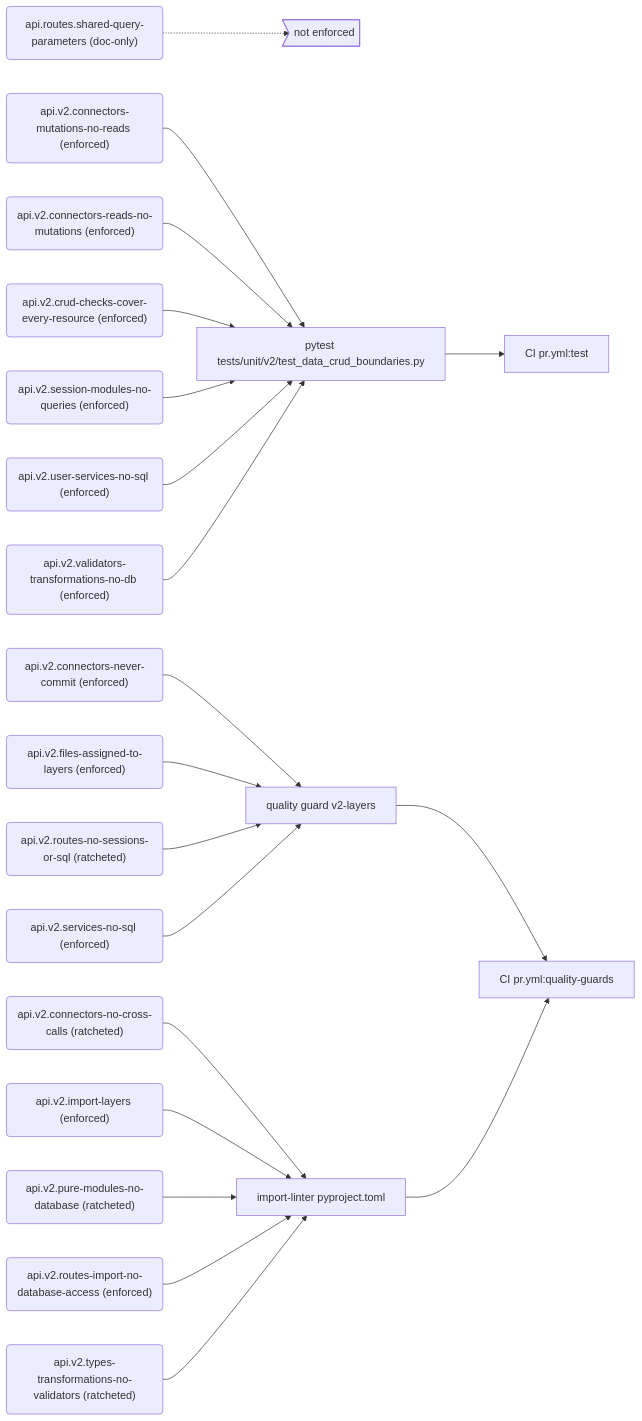
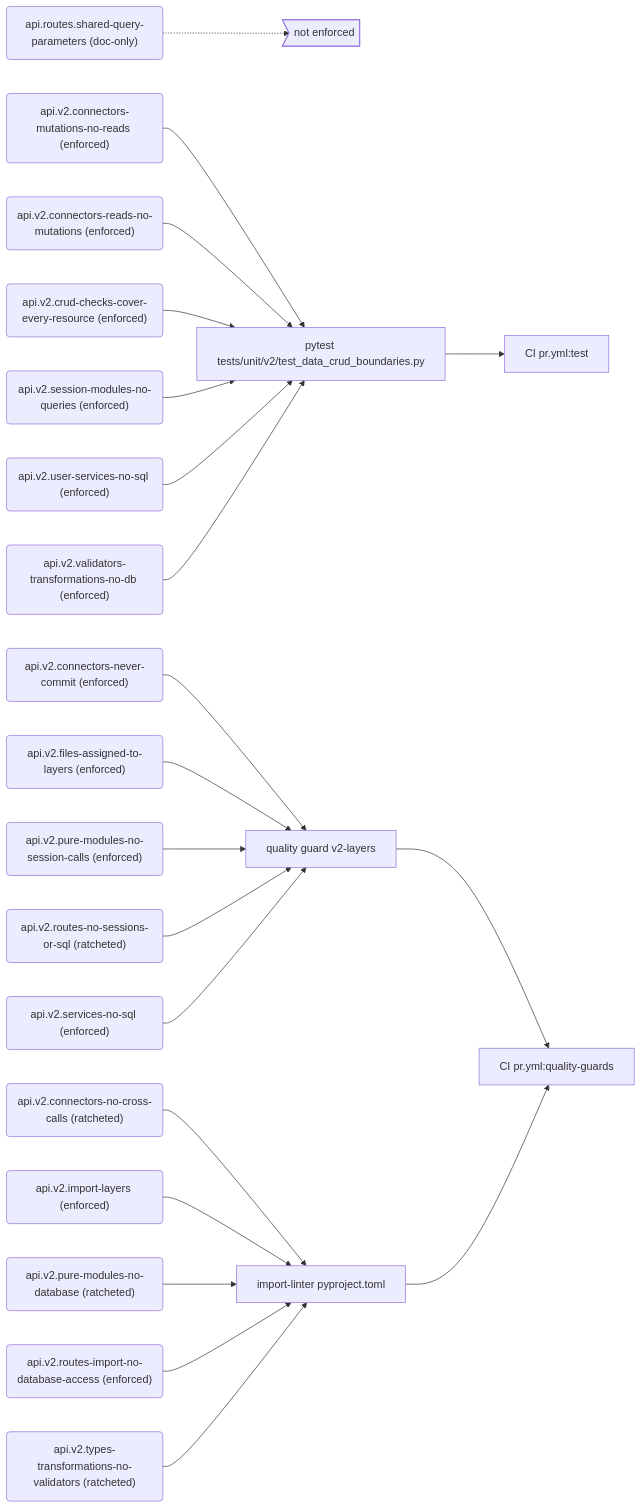
One commit to PolicyEngine/policyengine-api changed the first of 11 diagrams in docs/generated/rules.md. Above: the diagram before and after it, drawn with Mermaid. The commit also changed other lines of this file and 5 other files, not shown here.

````diff
--- a/docs/generated/rules.md
+++ b/docs/generated/rules.md
@@ -100,44 +101,46 @@
 ```mermaid
 flowchart LR
   r_api_routes_shared_query_parameters("api.routes.shared-query-parameters (doc-only)")
   gap_unenforced>"not enforced"]
   r_api_v2_connectors_mutations_no_reads("api.v2.connectors-mutations-no-reads (enforced)")
   e_pytest_tests_unit_v2_test_data_crud_boundaries_py["pytest tests/unit/v2/test_data_crud_boundaries.py"]
   j_CI_pr_yml_test["CI pr.yml:test"]
   r_api_v2_connectors_never_commit("api.v2.connectors-never-commit (enforced)")
   e_quality_guard_v2_layers["quality guard v2-layers"]
   j_CI_pr_yml_quality_guards["CI pr.yml:quality-guards"]
   r_api_v2_connectors_no_cross_calls("api.v2.connectors-no-cross-calls (ratcheted)")
   e_import_linter_pyproject_toml["import-linter pyproject.toml"]
   r_api_v2_connectors_reads_no_mutations("api.v2.connectors-reads-no-mutations (enforced)")
   r_api_v2_crud_checks_cover_every_resource("api.v2.crud-checks-cover-every-resource (enforced)")
   r_api_v2_files_assigned_to_layers("api.v2.files-assigned-to-layers (enforced)")
   r_api_v2_import_layers("api.v2.import-layers (enforced)")
   r_api_v2_pure_modules_no_database("api.v2.pure-modules-no-database (ratcheted)")
+  r_api_v2_pure_modules_no_session_calls("api.v2.pure-modules-no-session-calls (enforced)")
   r_api_v2_routes_import_no_database_access("api.v2.routes-import-no-database-access (enforced)")
   r_api_v2_routes_no_sessions_or_sql("api.v2.routes-no-sessions-or-sql (ratcheted)")
   r_api_v2_services_no_sql("api.v2.services-no-sql (enforced)")
   r_api_v2_session_modules_no_queries("api.v2.session-modules-no-queries (enforced)")
   r_api_v2_types_transformations_no_validators("api.v2.types-transformations-no-validators (ratcheted)")
   r_api_v2_user_services_no_sql("api.v2.user-services-no-sql (enforced)")
   r_api_v2_validators_transformations_no_db("api.v2.validators-transformations-no-db (enforced)")
   r_api_routes_shared_query_parameters -.-> gap_unenforced
   r_api_v2_connectors_mutations_no_reads --> e_pytest_tests_unit_v2_test_data_crud_boundaries_py
   e_pytest_tests_unit_v2_test_data_crud_boundaries_py --> j_CI_pr_yml_test
   r_api_v2_connectors_never_commit --> e_quality_guard_v2_layers
   e_quality_guard_v2_layers --> j_CI_pr_yml_quality_guards
   r_api_v2_connectors_no_cross_calls --> e_import_linter_pyproject_toml
   e_import_linter_pyproject_toml --> j_CI_pr_yml_quality_guards
   r_api_v2_connectors_reads_no_mutations --> e_pytest_tests_unit_v2_test_data_crud_boundaries_py
   r_api_v2_crud_checks_cover_every_resource --> e_pytest_tests_unit_v2_test_data_crud_boundaries_py
   r_api_v2_files_assigned_to_layers --> e_quality_guard_v2_layers
   r_api_v2_import_layers --> e_import_linter_pyproject_toml
   r_api_v2_pure_modules_no_database --> e_import_linter_pyproject_toml
+  r_api_v2_pure_modules_no_session_calls --> e_quality_guard_v2_layers
   r_api_v2_routes_import_no_database_access --> e_import_linter_pyproject_toml
   r_api_v2_routes_no_sessions_or_sql --> e_quality_guard_v2_layers
   r_api_v2_services_no_sql --> e_quality_guard_v2_layers
   r_api_v2_session_modules_no_queries --> e_pytest_tests_unit_v2_test_data_crud_boundaries_py
   r_api_v2_types_transformations_no_validators --> e_import_linter_pyproject_toml
   r_api_v2_user_services_no_sql --> e_pytest_tests_unit_v2_test_data_crud_boundaries_py
   r_api_v2_validators_transformations_no_db --> e_pytest_tests_unit_v2_test_data_crud_boundaries_py
 ```
````
